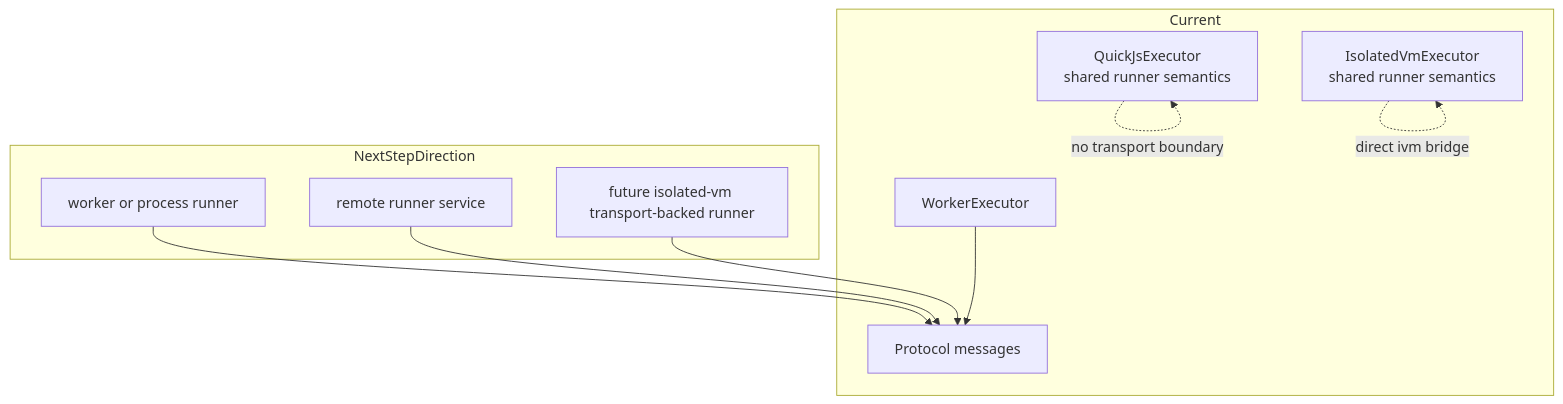
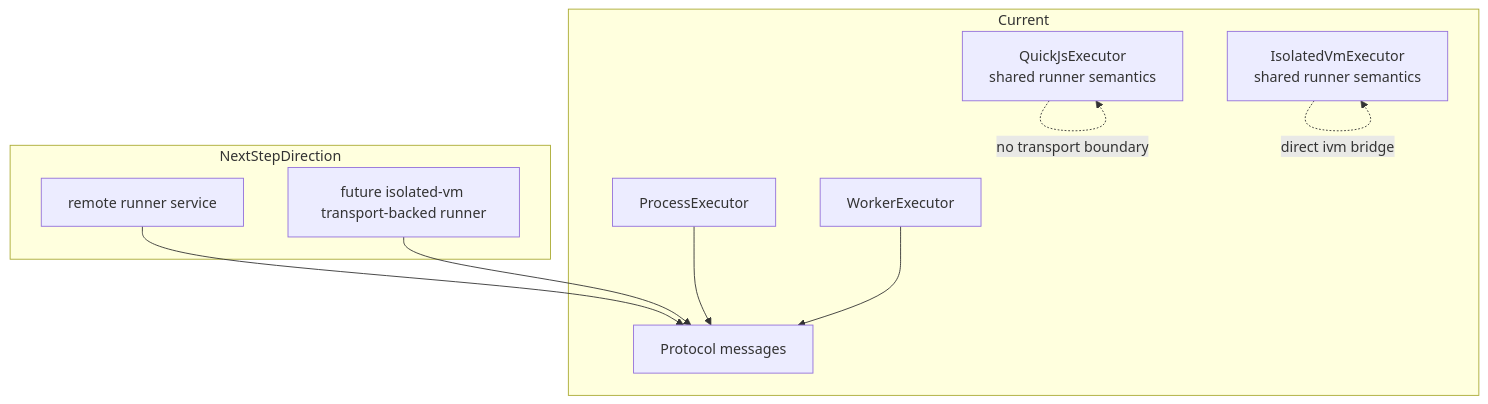
Before and after one commit to aallam/mcploom: the third of 3 diagrams in docs/codexec/architecture/codexec-mcp-and-protocol.md, drawn with Mermaid. The commit also changed other lines of this file and 23 other files, not shown here.

Commit message:
feat(codexec): add child-process quickjs executor (#16)

````diff
--- a/docs/codexec/architecture/codexec-mcp-and-protocol.md
+++ b/docs/codexec/architecture/codexec-mcp-and-protocol.md
@@ -86,21 +87,21 @@
 ```mermaid
 flowchart TB
     subgraph Current
         C1["QuickJsExecutor<br/>shared runner semantics"]
-        C2["WorkerExecutor"]
-        C3["IsolatedVmExecutor<br/>shared runner semantics"]
+        C2["ProcessExecutor"]
+        C3["WorkerExecutor"]
+        C4["IsolatedVmExecutor<br/>shared runner semantics"]
         P["Protocol messages"]
         C2 --> P
+        C3 --> P
         C1 -. no transport boundary .-> C1
-        C3 -. direct ivm bridge .-> C3
+        C4 -. direct ivm bridge .-> C4
     end
 
     subgraph NextStepDirection
-        N1["worker or process runner"]
-        N2["remote runner service"]
-        N3["future isolated-vm transport-backed runner"]
+        N1["remote runner service"]
+        N2["future isolated-vm transport-backed runner"]
         N1 --> P
         N2 --> P
-        N3 --> P
     end
 ```
````
